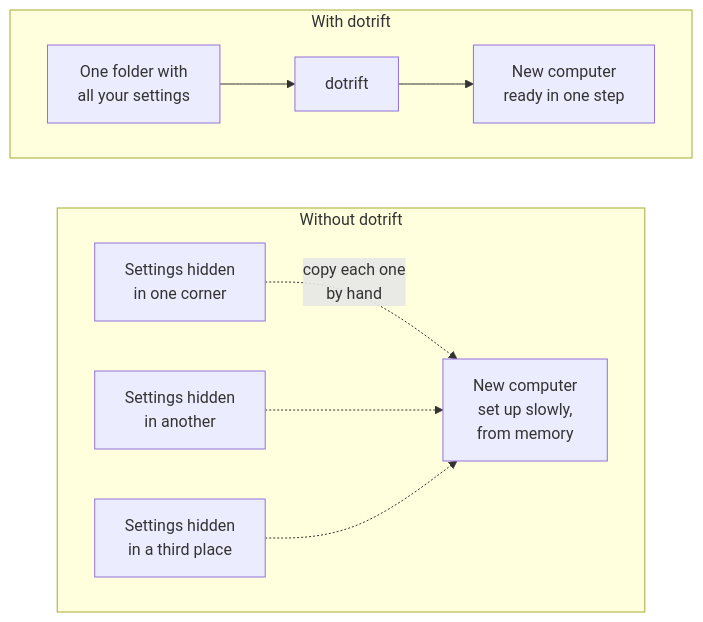
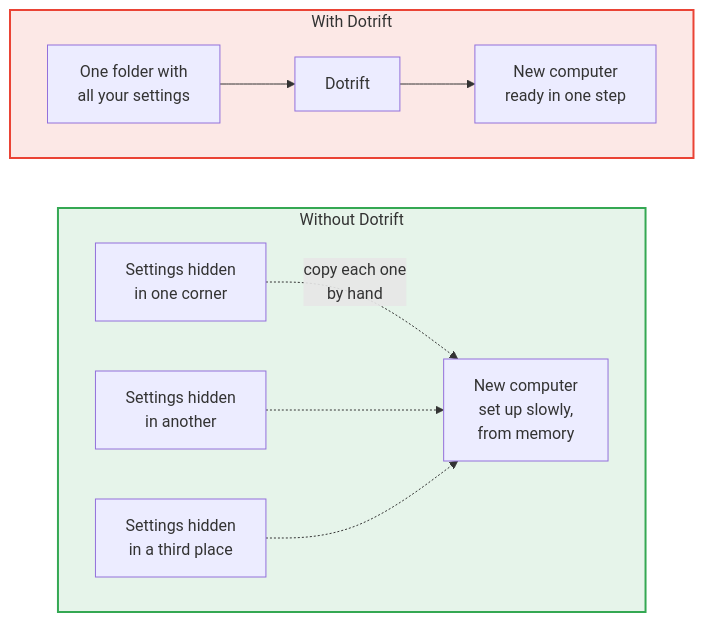
The first of 2 diagrams in README.md (hexrustox/dotrift), drawn with Mermaid before and after one commit. The commit also changed other lines of this file, not shown here.

````diff
--- a/README.md
+++ b/README.md
@@ -19,16 +19,18 @@
 ```mermaid
 flowchart LR
-    subgraph s1["Without dotrift"]
+    subgraph s1["Without Dotrift"]
         direction LR
         a["Settings hidden<br>in one corner"]
         b["Settings hidden<br>in another"]
         c["Settings hidden<br>in a third place"]
         a -.->|"copy each one<br>by hand"| h["New computer<br>set up slowly,<br>from memory"]
         b -.-> h
         c -.-> h
     end
-    subgraph s2["With dotrift"]
+    subgraph s2["With Dotrift"]
         direction LR
-        f["One folder with<br>all your settings"] --> d["dotrift"] --> k["New computer<br>ready in one step"]
+        f["One folder with<br>all your settings"] --> d["Dotrift"] --> k["New computer<br>ready in one step"]
     end
+    style s1 fill:#e6f4ea,stroke:#34a853,stroke-width:2px
+    style s2 fill:#fce8e6,stroke:#ea4335,stroke-width:2px
 ```
````
